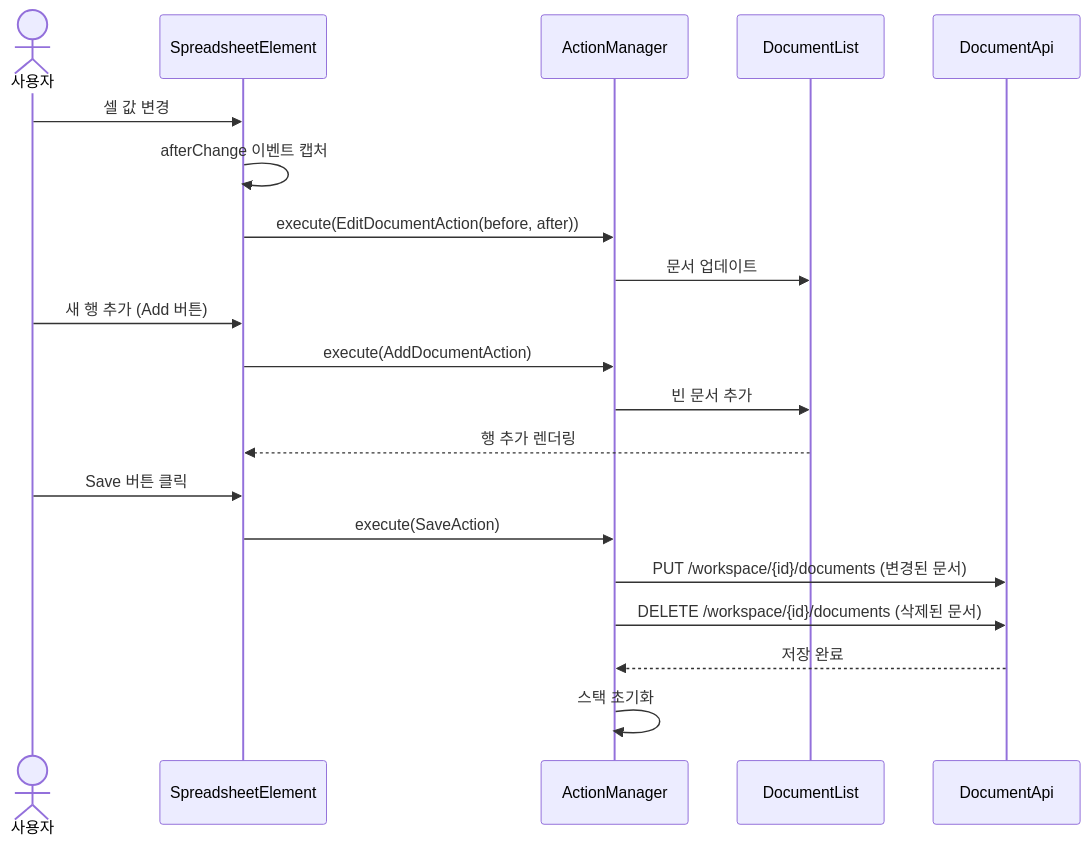
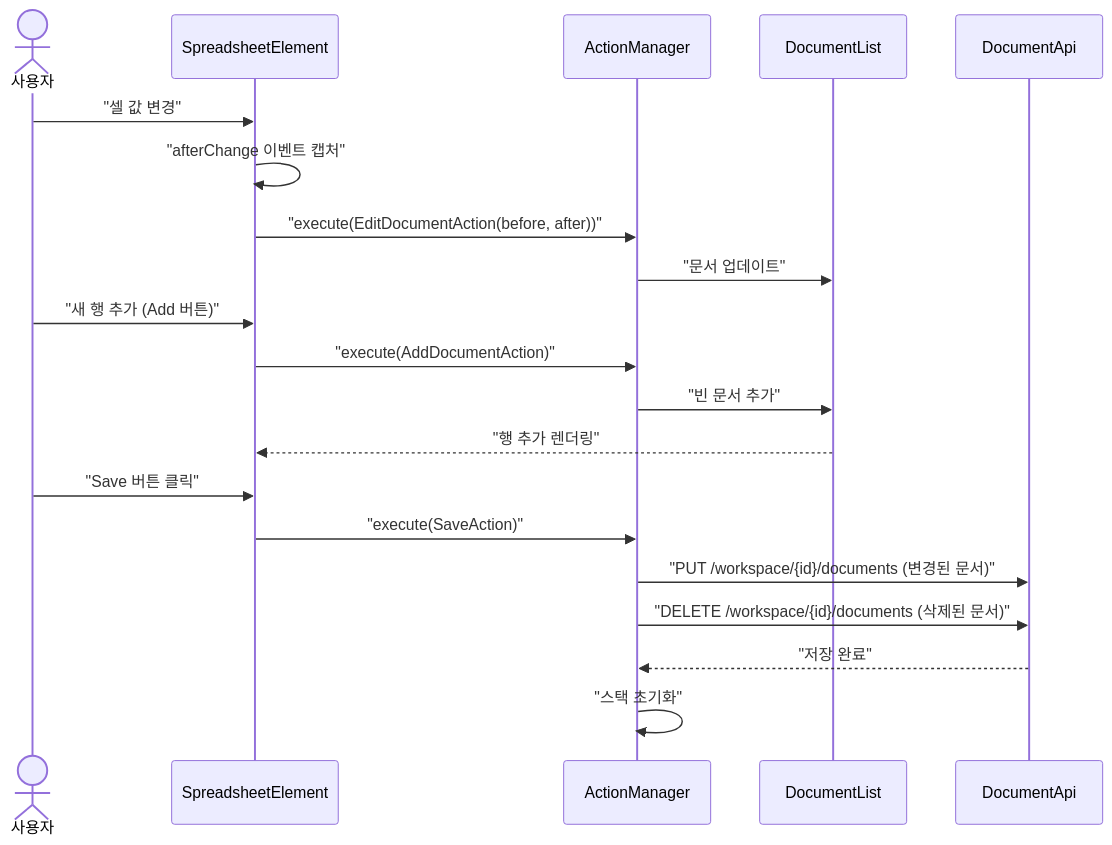
One commit to sayaya1090/handbook changed the second of 9 diagrams in document-ui/USECASE.md. Above: the diagram before and after it, drawn with Mermaid. The commit also changed other lines of this file and 22 other files, not shown here.

First line of the commit message:
docs: Mermaid 다이어그램 렌더링 오류 수정을 위한 구문 전수 교정

````diff
--- a/document-ui/USECASE.md
+++ b/document-ui/USECASE.md
@@ -32,25 +32,25 @@
 ```mermaid
 sequenceDiagram
     actor User as 사용자
     participant Sheet as SpreadsheetElement
     participant AM as ActionManager
     participant DL as DocumentList
     participant DA as DocumentApi
 
-    User->>Sheet: 셀 값 변경
-    Sheet->>Sheet: afterChange 이벤트 캡처
-    Sheet->>AM: execute(EditDocumentAction(before, after))
-    AM->>DL: 문서 업데이트
+    User->>Sheet: "셀 값 변경"
+    Sheet->>Sheet: "afterChange 이벤트 캡처"
+    Sheet->>AM: "execute(EditDocumentAction(before, after))"
+    AM->>DL: "문서 업데이트"
 
-    User->>Sheet: 새 행 추가 (Add 버튼)
-    Sheet->>AM: execute(AddDocumentAction)
-    AM->>DL: 빈 문서 추가
-    DL-->>Sheet: 행 추가 렌더링
+    User->>Sheet: "새 행 추가 (Add 버튼)"
+    Sheet->>AM: "execute(AddDocumentAction)"
+    AM->>DL: "빈 문서 추가"
+    DL-->>Sheet: "행 추가 렌더링"
 
-    User->>Sheet: Save 버튼 클릭
-    Sheet->>AM: execute(SaveAction)
-    AM->>DA: PUT /workspace/{id}/documents (변경된 문서)
-    AM->>DA: DELETE /workspace/{id}/documents (삭제된 문서)
-    DA-->>AM: 저장 완료
-    AM->>AM: 스택 초기화
+    User->>Sheet: "Save 버튼 클릭"
+    Sheet->>AM: "execute(SaveAction)"
+    AM->>DA: "PUT /workspace/{id}/documents (변경된 문서)"
+    AM->>DA: "DELETE /workspace/{id}/documents (삭제된 문서)"
+    DA-->>AM: "저장 완료"
+    AM->>AM: "스택 초기화"
 ```
````
